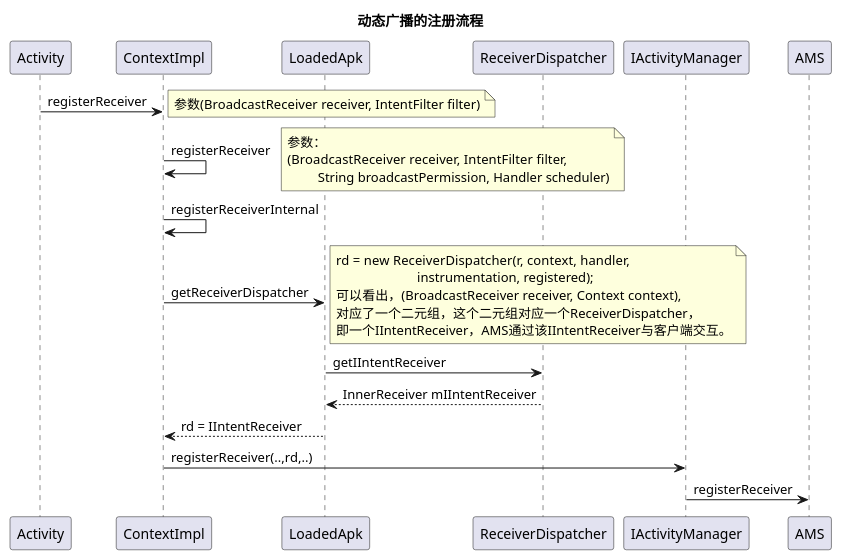
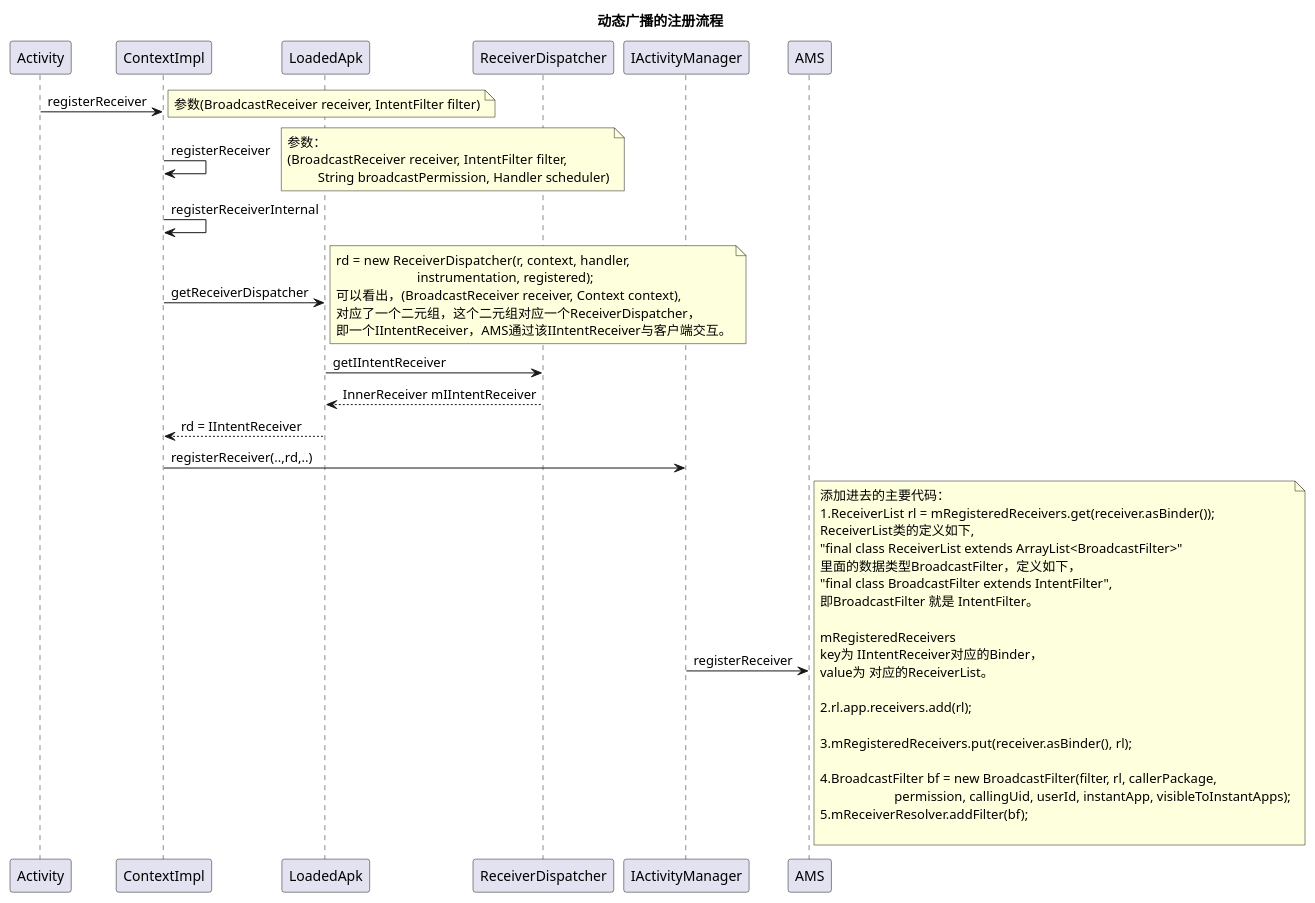
Before and after one commit to KentTJ/ImoocRxJavaStudy: the diagram in Android_framework_sequences/广播_动态广播_01_注册.puml, drawn with PlantUML.

Commit message:
广播的注册过程。

```diff
--- a/Android_framework_sequences/广播_动态广播_01_注册.puml
+++ b/Android_framework_sequences/广播_动态广播_01_注册.puml
@@ -1,35 +1,55 @@
 @startuml
 title 动态广播的注册流程
 Activity -> ContextImpl : registerReceiver
 note right:参数(BroadcastReceiver receiver, IntentFilter filter)
 
 ContextImpl ->  ContextImpl : registerReceiver
 note right
 参数：
 (BroadcastReceiver receiver, IntentFilter filter,
          String broadcastPermission, Handler scheduler)
 end note
 ContextImpl ->  ContextImpl : registerReceiverInternal
 
 ContextImpl -> LoadedApk : getReceiverDispatcher
 note right
 rd = new ReceiverDispatcher(r, context, handler,
                         instrumentation, registered);
 可以看出，(BroadcastReceiver receiver, Context context),
 对应了一个二元组，这个二元组对应一个ReceiverDispatcher，
 即一个IIntentReceiver，AMS通过该IIntentReceiver与客户端交互。
 end note
 
 LoadedApk -> ReceiverDispatcher : getIIntentReceiver
 
 LoadedApk <-- ReceiverDispatcher : InnerReceiver mIIntentReceiver
 
 ContextImpl <-- LoadedApk : rd = IIntentReceiver
 
 ContextImpl -> IActivityManager : registerReceiver(..,rd,..)
 
 IActivityManager -> AMS : registerReceiver
+note right
+添加进去的主要代码：
+1.ReceiverList rl = mRegisteredReceivers.get(receiver.asBinder());
+ReceiverList类的定义如下,
+"final class ReceiverList extends ArrayList<BroadcastFilter>"
+里面的数据类型BroadcastFilter，定义如下，
+"final class BroadcastFilter extends IntentFilter",
+即BroadcastFilter 就是 IntentFilter。
 
+mRegisteredReceivers
+key为 IIntentReceiver对应的Binder，
+value为 对应的ReceiverList。
 
+2.rl.app.receivers.add(rl);
+
+3.mRegisteredReceivers.put(receiver.asBinder(), rl);
+
+4.BroadcastFilter bf = new BroadcastFilter(filter, rl, callerPackage,
+                      permission, callingUid, userId, instantApp, visibleToInstantApps);
+5.mReceiverResolver.addFilter(bf);
+
+end note
 
 @enduml
```
